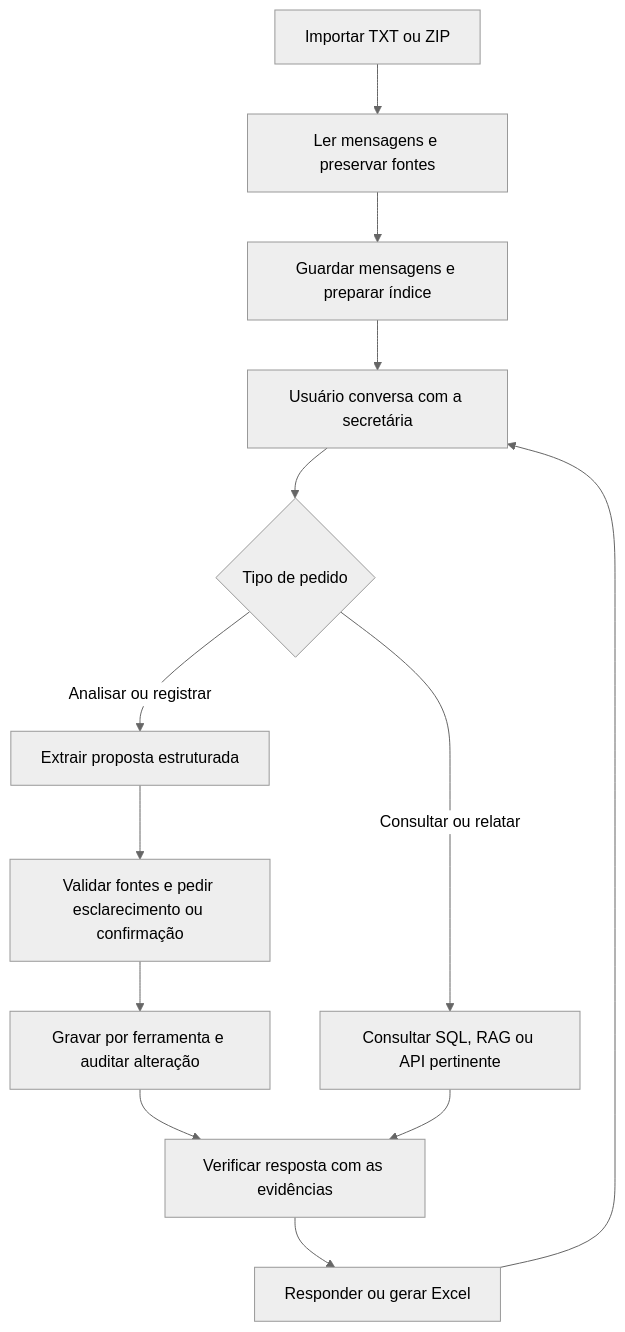
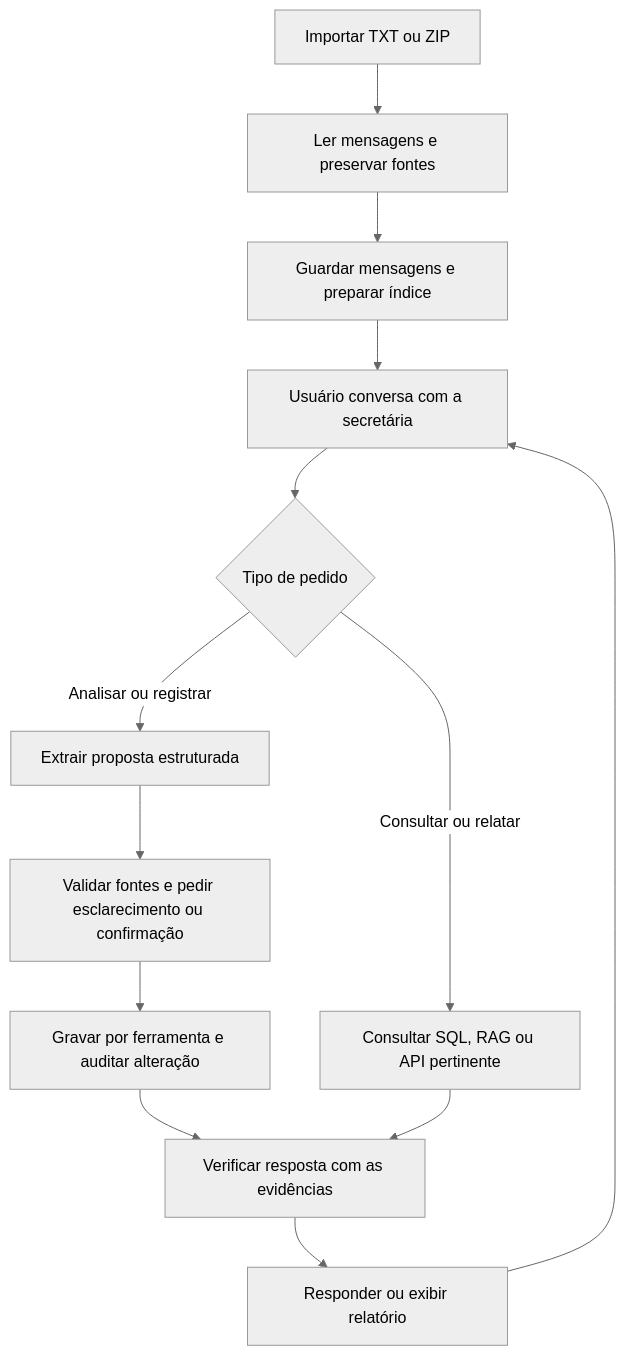
Before and after one commit to RenanFerreira0023/estudos-engenharia-ia: the first of 2 diagrams in Agentes Cognitivos com LangChain/Projeto final 2/PLANO_PROJETO_SECRETARIA_IA.md, drawn with Mermaid (neutral theme). The commit also changed other lines of this file and 52 other files, not shown here.

````diff
--- a/Agentes Cognitivos com LangChain/Projeto final 2/PLANO_PROJETO_SECRETARIA_IA.md
+++ b/Agentes Cognitivos com LangChain/Projeto final 2/PLANO_PROJETO_SECRETARIA_IA.md
@@ -110,15 +110,15 @@
 ```mermaid
 flowchart TD
     A[Importar TXT ou ZIP] --> B[Ler mensagens e preservar fontes]
     B --> C[Guardar mensagens e preparar índice]
     C --> D[Usuário conversa com a secretária]
     D --> E{Tipo de pedido}
     E -->|Analisar ou registrar| F[Extrair proposta estruturada]
     F --> G[Validar fontes e pedir esclarecimento ou confirmação]
     G --> H[Gravar por ferramenta e auditar alteração]
     E -->|Consultar ou relatar| I[Consultar SQL, RAG ou API pertinente]
     H --> J[Verificar resposta com as evidências]
     I --> J
-    J --> K[Responder ou gerar Excel]
+    J --> K[Responder ou exibir relatório]
     K --> D
 ```
````
